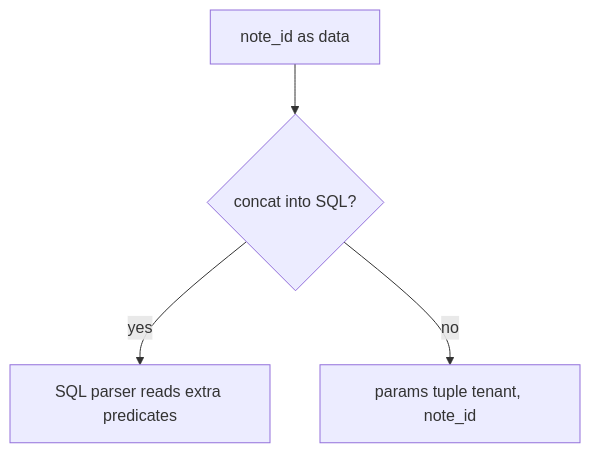
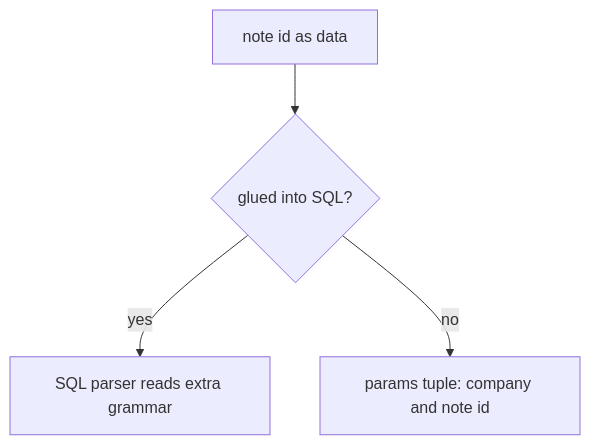
Before and after one commit to ishitvagoel/LearnSecurity: the first of 2 diagrams in content/modules/5/5.5/lessons/01-property.md, drawn with Mermaid. The commit also changed other lines of this file and 39 other files, not shown here.

````diff
--- a/content/modules/5/5.5/lessons/01-property.md
+++ b/content/modules/5/5.5/lessons/01-property.md
@@ -19,6 +18,6 @@
 ```mermaid
 flowchart TD
-  Input[note_id as data] --> Mix{concat into SQL?}
-  Mix -->|yes| Parser[SQL parser reads extra predicates]
-  Mix -->|no| Bind["params tuple tenant, note_id"]
+  Input[note id as data] --> Mix{glued into SQL?}
+  Mix -->|yes| Parser[SQL parser reads extra grammar]
+  Mix -->|no| Bind["params tuple: company and note id"]
 ```
````
